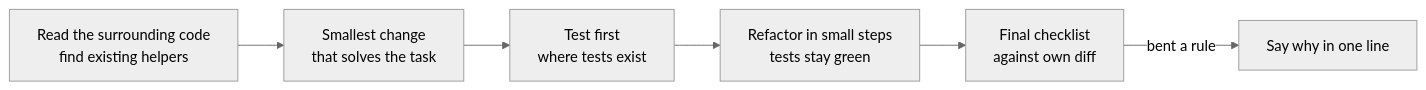
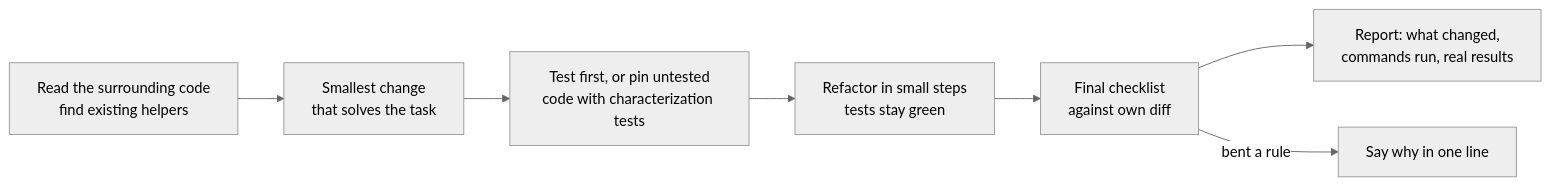
The diagram in README.md (jonax1337/clean-code-skill), drawn with Mermaid (neutral theme) before and after one commit. The commit also changed other lines of this file and 1909 other files, not shown here.

````diff
--- a/README.md
+++ b/README.md
@@ -106,8 +140,9 @@
 ```mermaid
 flowchart LR
     A[Read the surrounding code<br/>find existing helpers] --> B[Smallest change<br/>that solves the task]
-    B --> C[Test first<br/>where tests exist]
+    B --> C[Test first, or pin untested<br/>code with characterization tests]
     C --> D[Refactor in small steps<br/>tests stay green]
     D --> E[Final checklist<br/>against own diff]
-    E -->|bent a rule| F[Say why in one line]
+    E --> F[Report: what changed,<br/>commands run, real results]
+    E -->|bent a rule| G[Say why in one line]
 ```
````
